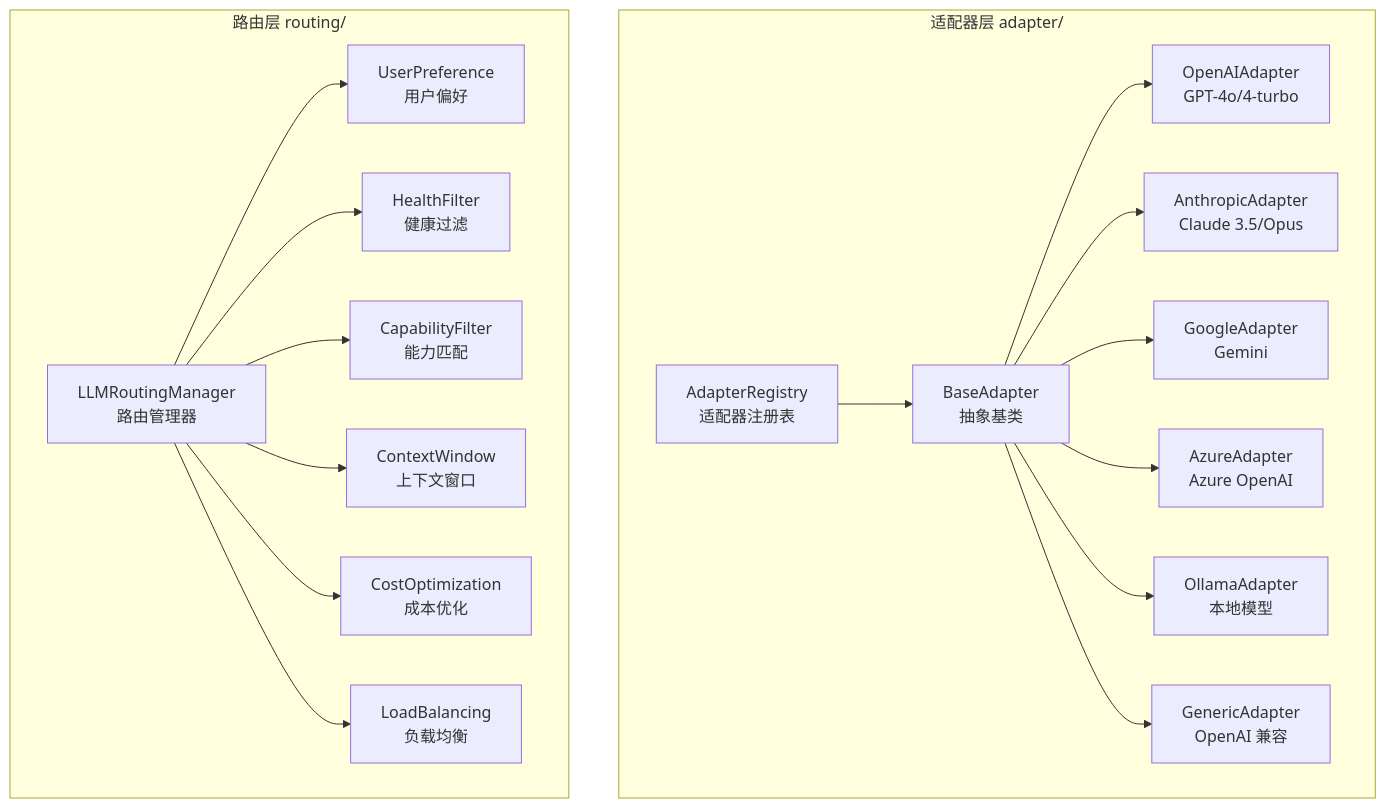
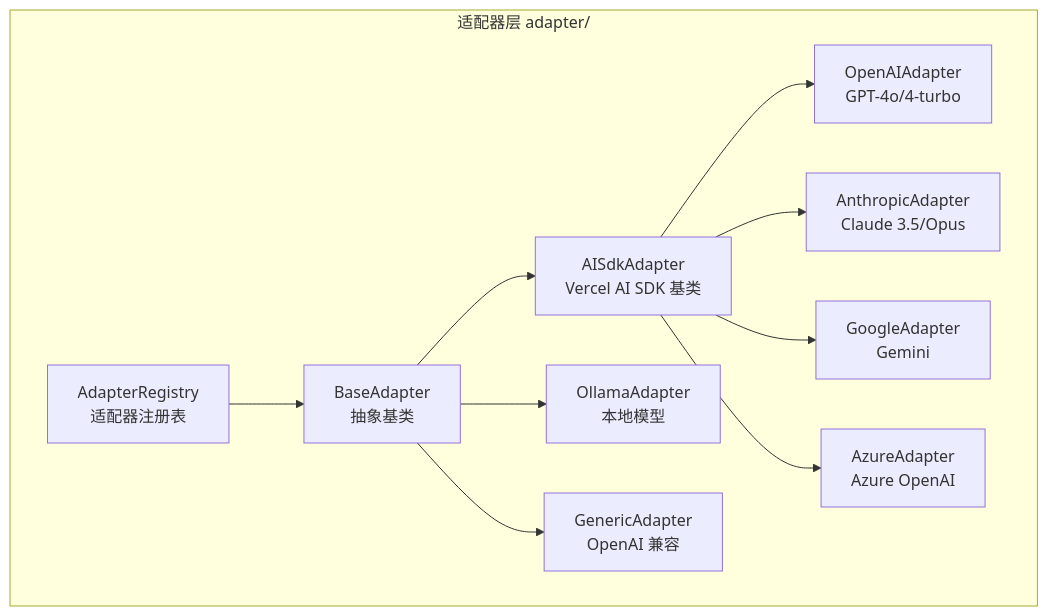
One commit to OpenNekoPaw/neko-suite changed the diagram in packages/neko-agent/packages/platform/src/llm/README.md. Above: the diagram before and after it, drawn with Mermaid. The commit also changed other lines of this file and 18 other files, not shown here.

First line of the commit message:
refactor(platform): remove globalState UserConfigManager and simplify config layers

````diff
--- a/packages/neko-agent/packages/platform/src/llm/README.md
+++ b/packages/neko-agent/packages/platform/src/llm/README.md
@@ -11,38 +11,23 @@
 ```mermaid
 graph TB
     subgraph "适配器层 adapter/"
         Base[BaseAdapter<br/>抽象基类]
         OpenAI[OpenAIAdapter<br/>GPT-4o/4-turbo]
         Anthropic[AnthropicAdapter<br/>Claude 3.5/Opus]
         Google[GoogleAdapter<br/>Gemini]
         Azure[AzureAdapter<br/>Azure OpenAI]
         Ollama[OllamaAdapter<br/>本地模型]
         Generic[GenericAdapter<br/>OpenAI 兼容]
         Registry[AdapterRegistry<br/>适配器注册表]
+        AiSdk[AISdkAdapter<br/>Vercel AI SDK 基类]
     end
 
-    subgraph "路由层 routing/"
-        Manager[LLMRoutingManager<br/>路由管理器]
-        UserPref[UserPreference<br/>用户偏好]
-        Health[HealthFilter<br/>健康过滤]
-        Capability[CapabilityFilter<br/>能力匹配]
-        Context[ContextWindow<br/>上下文窗口]
-        Cost[CostOptimization<br/>成本优化]
-        LoadBalance[LoadBalancing<br/>负载均衡]
-    end
-
-    Base --> OpenAI
-    Base --> Anthropic
-    Base --> Google
-    Base --> Azure
+    Base --> AiSdk
+    AiSdk --> OpenAI
+    AiSdk --> Anthropic
+    AiSdk --> Google
+    AiSdk --> Azure
     Base --> Ollama
     Base --> Generic
     Registry --> Base
-
-    Manager --> UserPref
-    Manager --> Health
-    Manager --> Capability
-    Manager --> Context
-    Manager --> Cost
-    Manager --> LoadBalance
 ```
````
